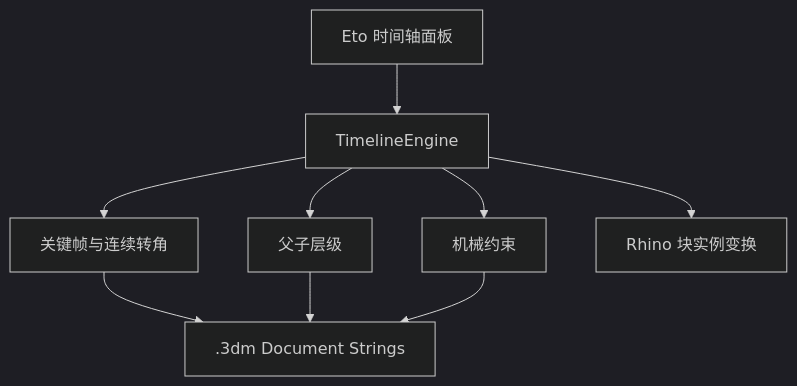
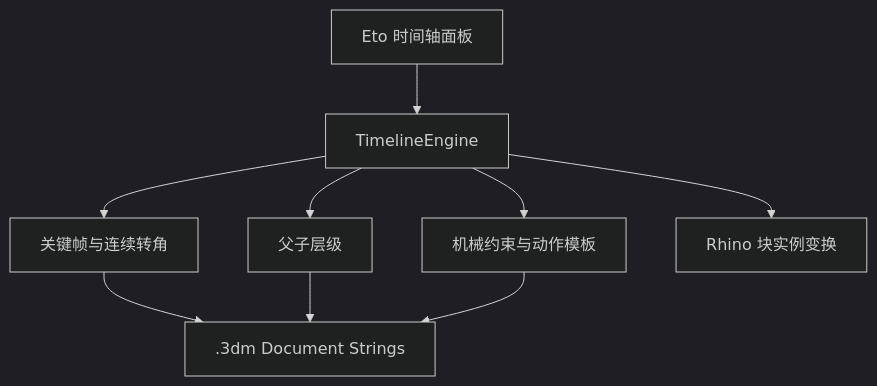
The diagram in 新建文件夹/docs/PLUGIN_DESIGN_CN.md (lianda123/opena1), drawn with Mermaid (dark theme) before and after one commit. The commit also changed other lines of this file and 17 other files, not shown here.

Commit message:
ProductMotion Timeline 0.3.0: add visual mechanics and motion templates

````diff
--- a/新建文件夹/docs/PLUGIN_DESIGN_CN.md
+++ b/新建文件夹/docs/PLUGIN_DESIGN_CN.md
@@ -18,11 +18,11 @@
 ```mermaid
 flowchart TD
     UI["Eto 时间轴面板"] --> Engine["TimelineEngine"]
     Engine --> Pose["关键帧与连续转角"]
     Engine --> Hierarchy["父子层级"]
-    Engine --> Constraint["机械约束"]
+    Engine --> Constraint["机械约束与动作模板"]
     Engine --> Rhino["Rhino 块实例变换"]
     Pose --> Store[".3dm Document Strings"]
     Hierarchy --> Store
     Constraint --> Store
 ```
````
